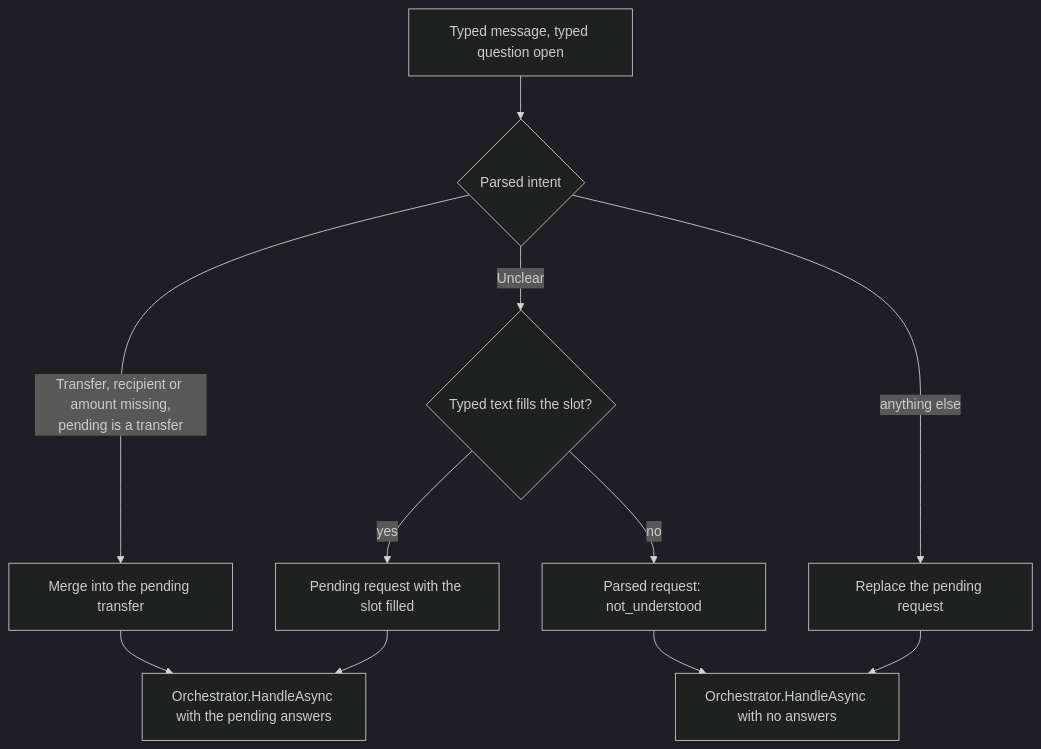
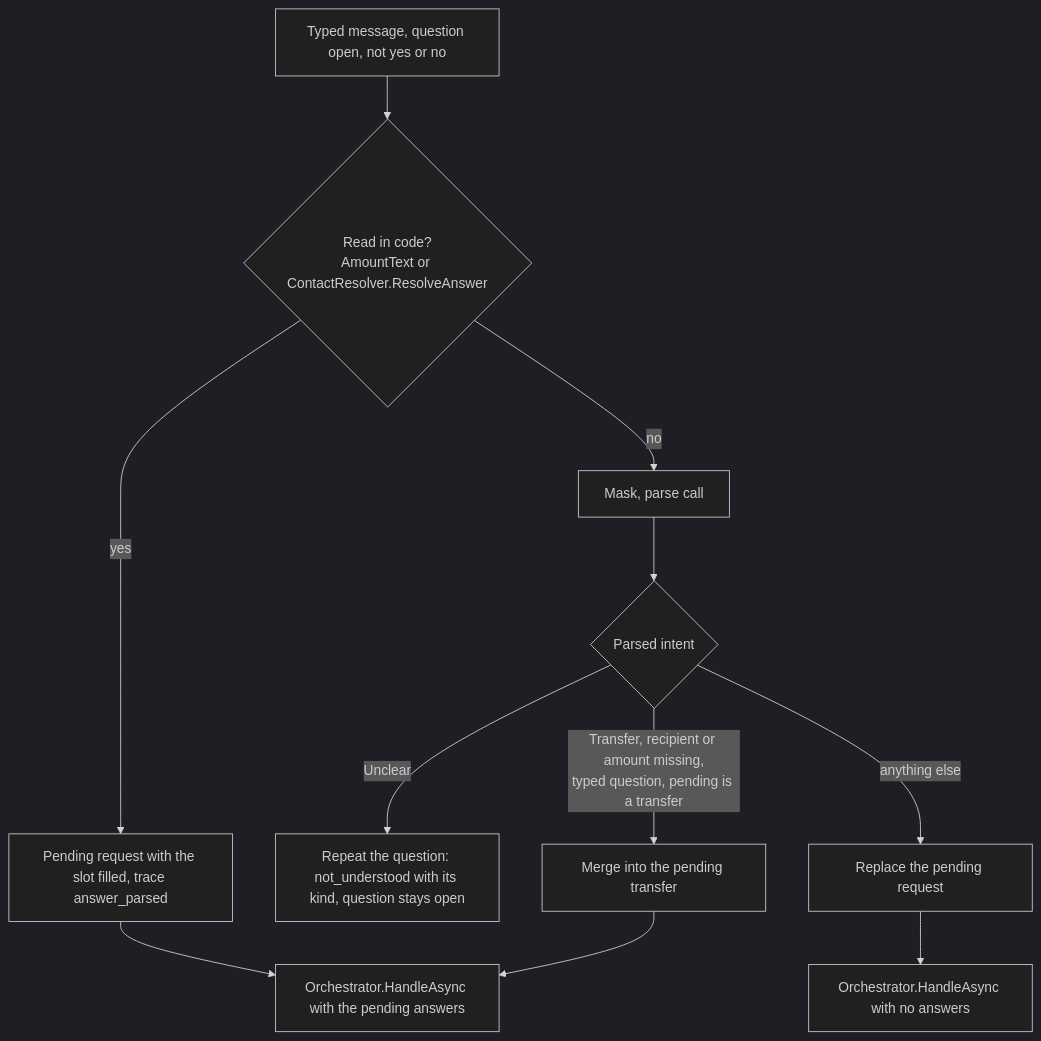
One commit to Khalil-Alhadidi/Naqoli changed diagram 13 of 16 in docs/agent-core.md. Above: the diagram before and after it, drawn with Mermaid (dark theme). The commit also changed other lines of this file and 13 other files, not shown here.

First line of the commit message:
feat(core): answers to a pending question are read in code before any model call (Khalil, 17 Oct 2026): AmountText for which_amount, the contact resolver for which_contact and did_you_mean

````diff
--- a/docs/agent-core.md
+++ b/docs/agent-core.md
@@ -648,13 +654,13 @@
 ```mermaid
 flowchart TD
-    A[Typed message, typed question open] --> B{Parsed intent}
-    B -- Unclear --> C{Typed text fills the slot?}
-    C -- yes --> D[Pending request with the slot filled]
-    C -- no --> E[Parsed request: not_understood]
-    B -- Transfer, recipient or amount missing,<br/>pending is a transfer --> F[Merge into the pending transfer]
+    A[Typed message, question open, not yes or no] --> K{Read in code?<br/>AmountText or ContactResolver.ResolveAnswer}
+    K -- yes --> D[Pending request with the slot filled, trace answer_parsed]
+    K -- no --> M[Mask, parse call]
+    M --> B{Parsed intent}
+    B -- Unclear --> R[Repeat the question: not_understood with its kind, question stays open]
+    B -- Transfer, recipient or amount missing,<br/>typed question, pending is a transfer --> F[Merge into the pending transfer]
     B -- anything else --> G[Replace the pending request]
     D --> H[Orchestrator.HandleAsync with the pending answers]
     F --> H
     G --> I[Orchestrator.HandleAsync with no answers]
-    E --> I
 ```
````
